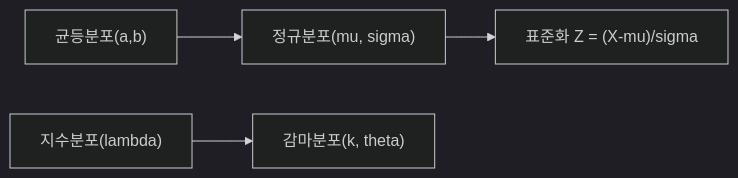
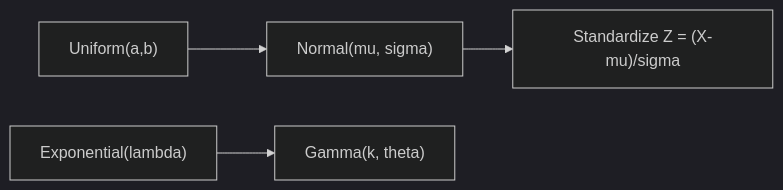
One commit to yeongseon-books/book-content changed the diagram in content/probability-101/ko/08-continuous-distributions.md. Above: the diagram before and after it, drawn with Mermaid (dark theme). The commit also changed other lines of this file and 9 other files, not shown here.

````diff
--- a/content/probability-101/ko/08-continuous-distributions.md
+++ b/content/probability-101/ko/08-continuous-distributions.md
@@ -51,6 +51,6 @@
 ```mermaid
 flowchart LR
-    U["균등분포(a,b)"] --> N["정규분포(mu, sigma)"]
-    N --> Std["표준화 Z = (X-mu)/sigma"]
-    E["지수분포(lambda)"] --> G["감마분포(k, theta)"]
+    U["Uniform(a,b)"] --> N["Normal(mu, sigma)"]
+    N --> Std["Standardize Z = (X-mu)/sigma"]
+    E["Exponential(lambda)"] --> G["Gamma(k, theta)"]
 ```
````
